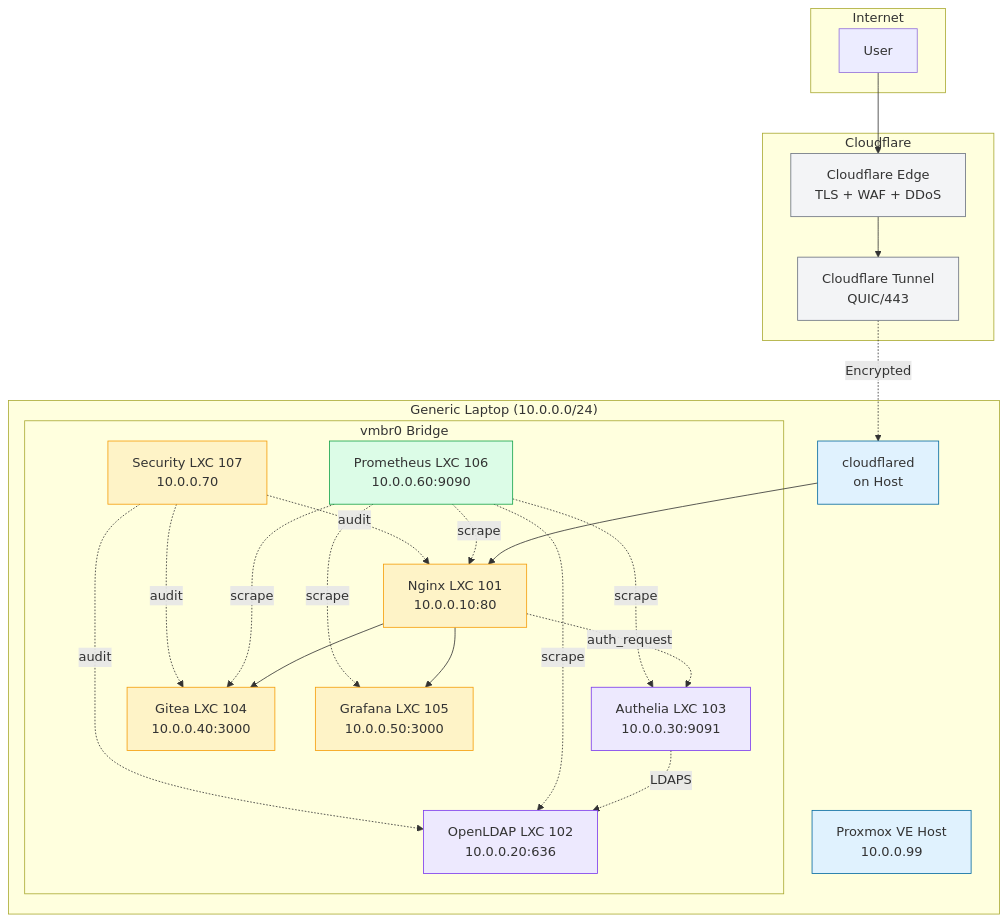
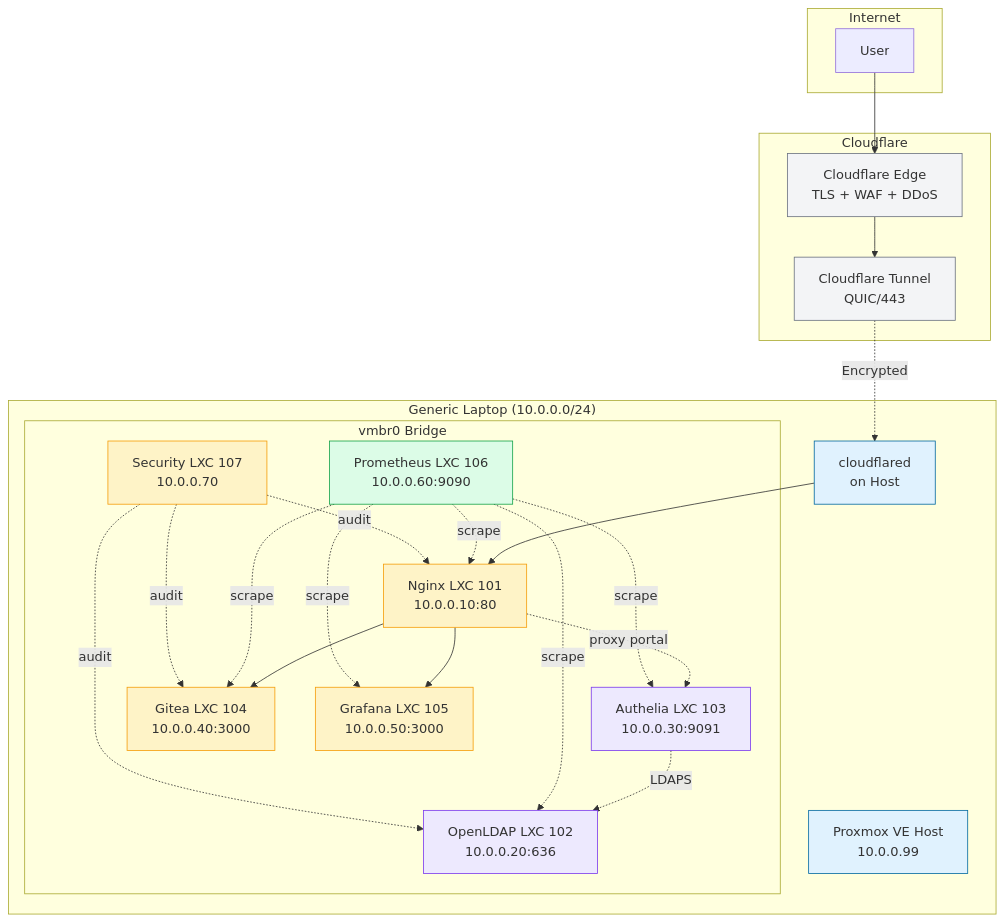
The diagram in diagrams/architecture.mmd (dmaljkovic/proxmox-homelab), drawn with Mermaid before and after one commit. The commit also changed 10 other files, not shown here.

Commit message:
Update docs for Phase 5: Gitea OIDC SSO, drop Nginx auth_request

```diff
--- a/diagrams/architecture.mmd
+++ b/diagrams/architecture.mmd
@@ -1,53 +1,53 @@
 graph TB
     subgraph Internet
         User[User]
     end
     
     subgraph "Cloudflare"
         Edge[Cloudflare Edge<br/>TLS + WAF + DDoS]
         Tunnel[Cloudflare Tunnel<br/>QUIC/443]
     end
     
     subgraph "Generic Laptop (10.0.0.0/24)"
         Host[Proxmox VE Host<br/>10.0.0.99]
         CF[cloudflared<br/>on Host]
         
         subgraph "vmbr0 Bridge"
             Nginx[Nginx LXC 101<br/>10.0.0.10:80]
             LDAP[OpenLDAP LXC 102<br/>10.0.0.20:636]
             Authelia[Authelia LXC 103<br/>10.0.0.30:9091]
             Gitea[Gitea LXC 104<br/>10.0.0.40:3000]
             Grafana[Grafana LXC 105<br/>10.0.0.50:3000]
             Prom[Prometheus LXC 106<br/>10.0.0.60:9090]
             Sec[Security LXC 107<br/>10.0.0.70]
         end
     end
     
     User --> Edge
     Edge --> Tunnel
     Tunnel -.->|Encrypted| CF
     CF --> Nginx
-    Nginx -.->|auth_request| Authelia
+    Nginx -.->|proxy portal| Authelia
     Authelia -.->|LDAPS| LDAP
     Nginx --> Gitea
     Nginx --> Grafana
     Prom -.->|scrape| Nginx
     Prom -.->|scrape| Gitea
     Prom -.->|scrape| Grafana
     Prom -.->|scrape| Authelia
     Prom -.->|scrape| LDAP
     Sec -.->|audit| Nginx
     Sec -.->|audit| LDAP
     Sec -.->|audit| Gitea
     
     classDef cloud fill:#f3f4f6,stroke:#6b7280
     classDef host fill:#e0f2fe,stroke:#0369a1
     classDef lxc fill:#fef3c7,stroke:#f59e0b
     classDef identity fill:#ede9fe,stroke:#7c3aed
     classDef monitoring fill:#dcfce7,stroke:#16a34a
     
     class Edge,Tunnel cloud
     class Host,CF host
     class Nginx,Gitea,Grafana,Sec lxc
     class LDAP,Authelia identity
     class Prom monitoring
```
